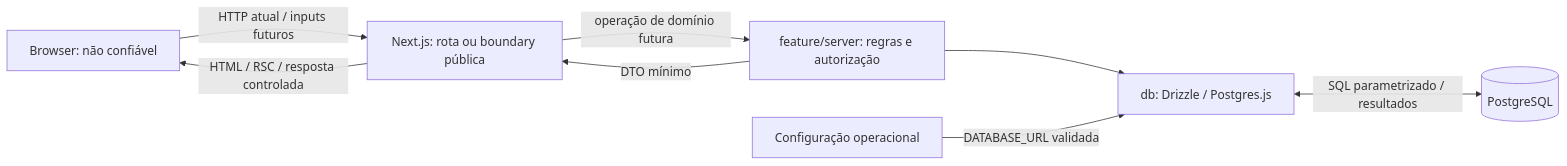
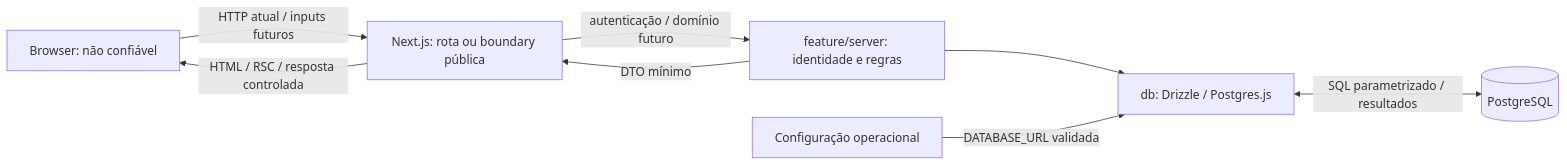
The diagram in docs/architecture/threat-model.md (joaoapassos/guardian-bay), drawn with Mermaid before and after one commit. The commit also changed other lines of this file and 16 other files, not shown here.

````diff
--- a/docs/architecture/threat-model.md
+++ b/docs/architecture/threat-model.md
@@ -29,10 +29,10 @@
 ```mermaid
 flowchart LR
     Browser["Browser: não confiável"] -->|"HTTP atual / inputs futuros"| Next["Next.js: rota ou boundary pública"]
-    Next -->|"operação de domínio futura"| Feature["feature/server: regras e autorização"]
+    Next -->|"autenticação / domínio futuro"| Feature["feature/server: identidade e regras"]
     Feature --> DB["db: Drizzle / Postgres.js"]
     DB <-->|"SQL parametrizado / resultados"| PG[(PostgreSQL)]
     Feature -->|"DTO mínimo"| Next
     Next -->|"HTML / RSC / resposta controlada"| Browser
     Config["Configuração operacional"] -->|"DATABASE_URL validada"| DB
 ```
````
